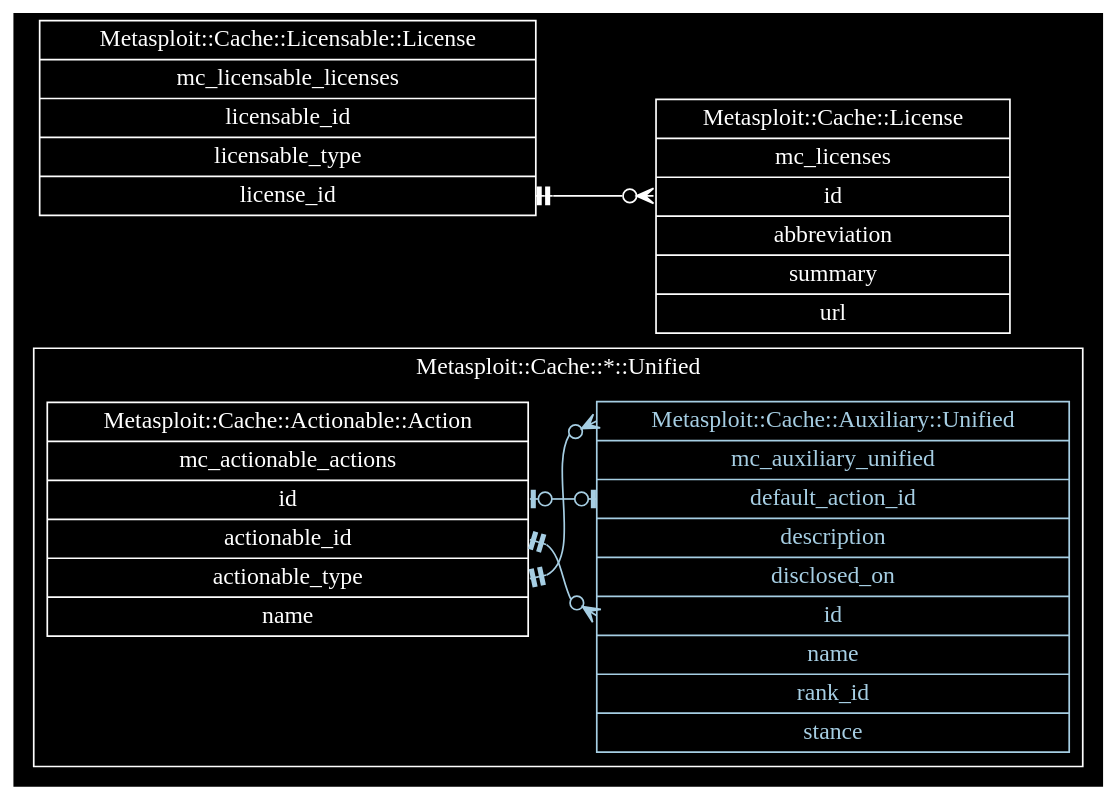
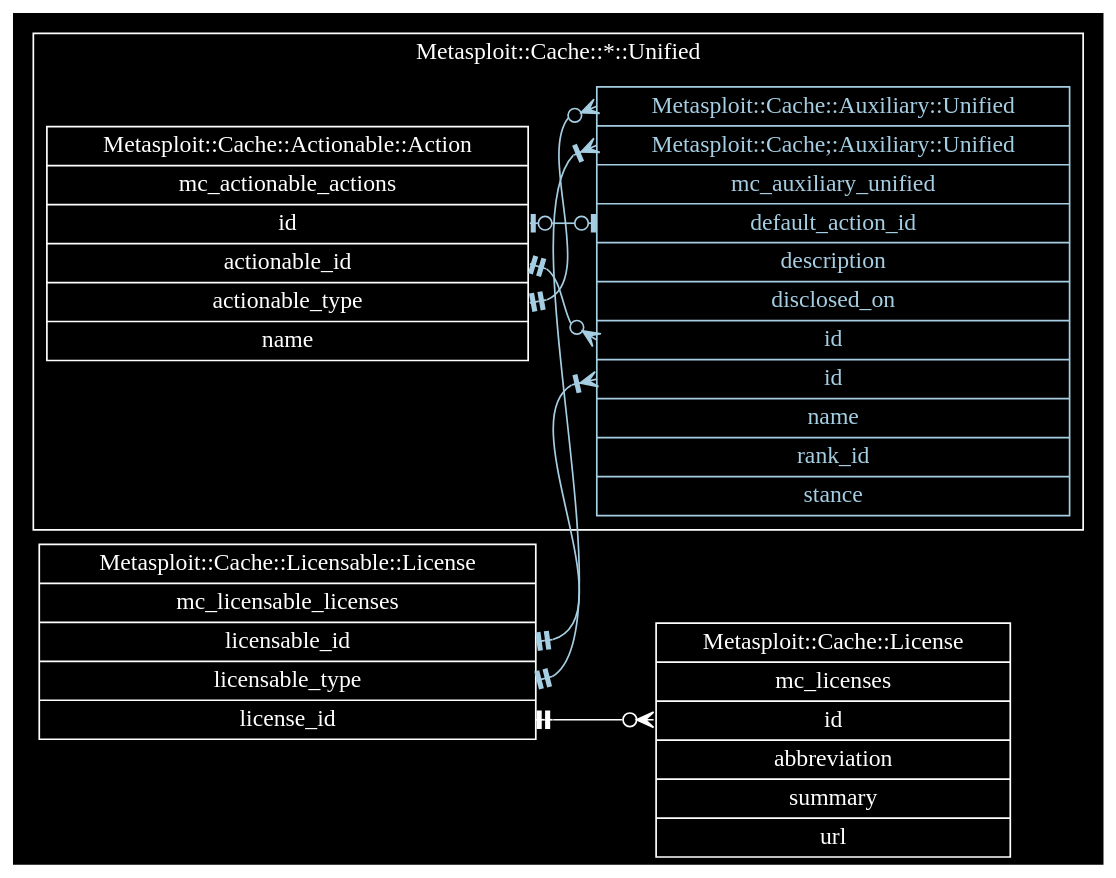
One commit to rapid7/metasploit-cache changed the diagram in docs/metasploit-cache-read.dot. Above: the diagram before and after it, drawn with Graphviz.

Commit message:
Licensable::License -> Auxiliary::Unified
MSP-12192

```diff
--- a/docs/metasploit-cache-read.dot
+++ b/docs/metasploit-cache-read.dot
@@ -1,67 +1,81 @@
 digraph "Metasploit::Cache Read Model" {
   edge [
     color = "white"
     fontcolor = "white"
   ]
   graph [
     bgcolor = "black"
     rankdir = "LR"
   ]
   node [
     color = "white"
     fontcolor = "white"
     shape = "record"
   ]
 
   "Metasploit::Cache::Actionable::Action" [
     label = "Metasploit::Cache::Actionable::Action | mc_actionable_actions | <id>id | <actionable_id>actionable_id | <actionable_type>actionable_type | name"
   ]
 
   "Metasploit::Cache::Actionable::Action":actionable_id -> "Metasploit::Cache::Auxiliary::Unified":id_for_actionable_id [
     arrowhead = "crowodot"
     arrowtail = "teetee"
     color = "/paired9/1"
     dir = "both"
   ]
 
   "Metasploit::Cache::Actionable::Action":actionable_type -> "Metasploit::Cache::Auxiliary::Unified":type_for_actionable_type [
     arrowhead = "crowodot"
     arrowtail = "teetee"
     color = "/paired9/1"
     dir = "both"
   ]
 
 
   "Metasploit::Cache::License" [
     label = "Metasploit::Cache::License | mc_licenses | <id>id | abbreviation | summary | url"
   ]
 
   "Metasploit::Cache::Licensable::License" [
     label = "Metasploit::Cache::Licensable::License | mc_licensable_licenses | <licensable_id>licensable_id | <licensable_type>licensable_type | <license_id>license_id"
   ]
 
+  "Metasploit::Cache::Licensable::License":licensable_id -> "Metasploit::Cache::Auxiliary::Unified":id_for_licensable_id [
+    arrowhead = "crowtee"
+    arrowtail = "teetee"
+    color = "/paired9/1"
+    dir = "both"
+  ]
+
+  "Metasploit::Cache::Licensable::License":licensable_type -> "Metasploit::Cache::Auxiliary::Unified":type_for_licensable_type [
+    arrowhead = "crowtee"
+    arrowtail = "teetee"
+    color = "/paired9/1"
+    dir = "both"
+  ]
+
   "Metasploit::Cache::Licensable::License":license_id -> "Metasploit::Cache::License":id [
     arrowhead = "crowodot"
     arrowtail = "teetee"
     dir = "both"
   ]
 
   subgraph cluster_metasploit_cache_unified {
     color = "white"
     fontcolor = "white"
     label = "Metasploit::Cache::*::Unified"
 
     "Metasploit::Cache::Auxiliary::Unified" [
       color = "/paired9/1"
       fontcolor = "/paired9/1"
-      label = "<type_for_actionable_type>Metasploit::Cache::Auxiliary::Unified | mc_auxiliary_unified | <default_action_id>default_action_id | description | disclosed_on | <id_for_actionable_id>id | name | rank_id | stance"
+      label = "<type_for_actionable_type>Metasploit::Cache::Auxiliary::Unified | <type_for_licensable_type>Metasploit::Cache;:Auxiliary::Unified | mc_auxiliary_unified | <default_action_id>default_action_id | description | disclosed_on | <id_for_actionable_id>id | <id_for_licensable_id>id | name | rank_id | stance"
     ]
 
     "Metasploit::Cache::Auxiliary::Unified":default_action_id -> "Metasploit::Cache::Actionable::Action":id [
       arrowhead = "teeodot"
       arrowtail = "teeodot"
       color = "/paired9/1"
       dir = "both"
     ]
   }
 }
```
